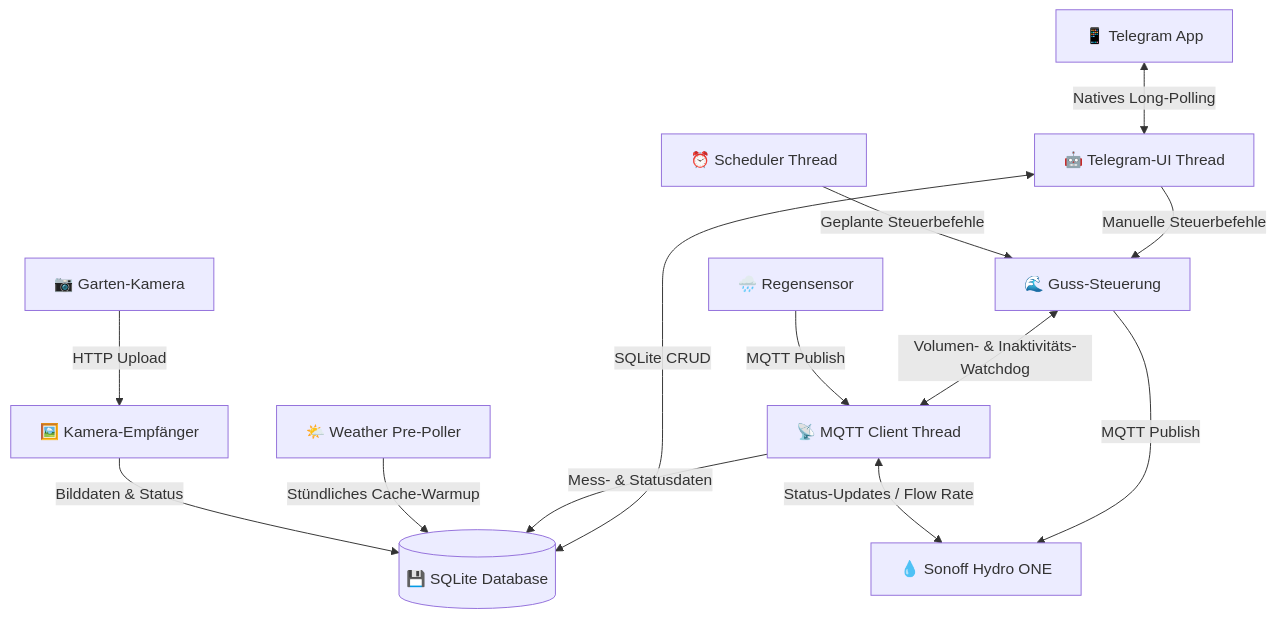
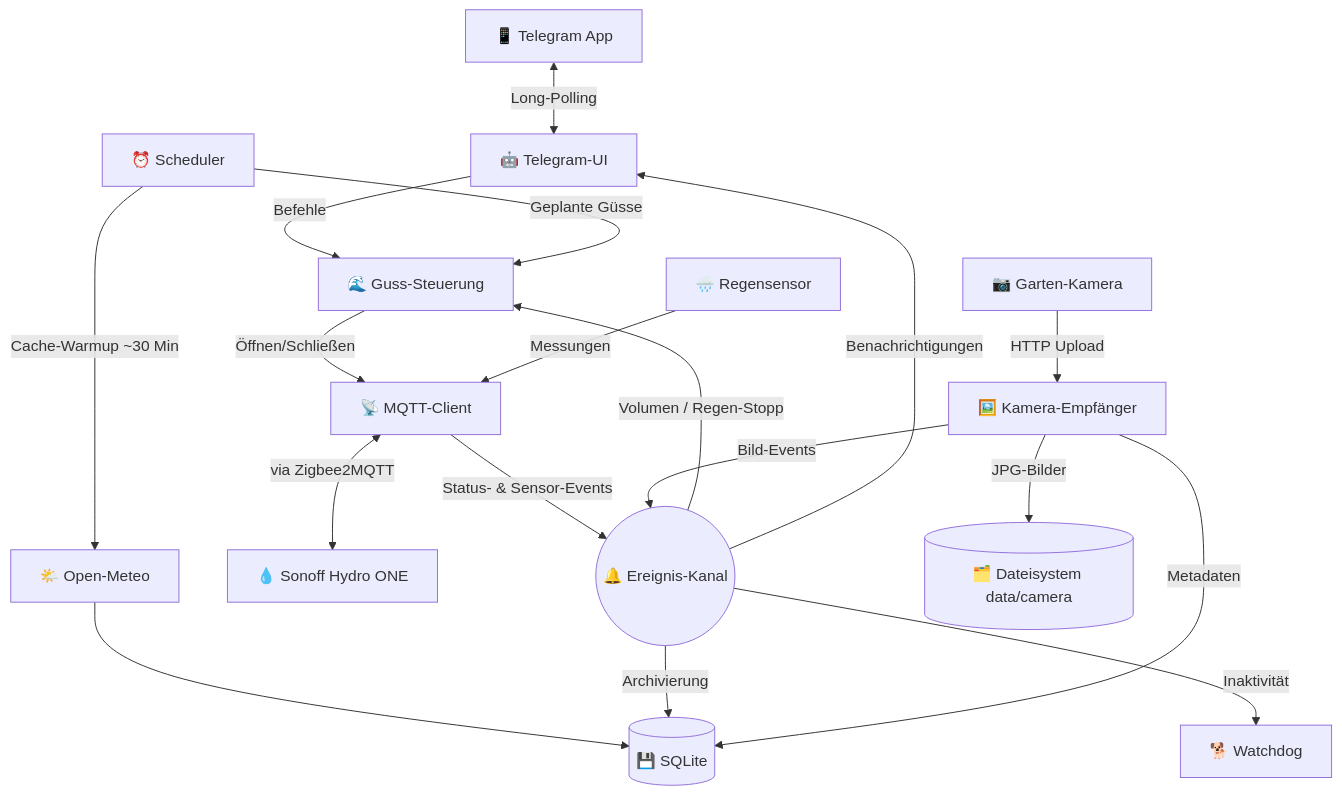
The diagram in README.md (g41nxe/telegram-GartenBot), drawn with Mermaid before and after one commit. The commit also changed other lines of this file and 2 other files, not shown here.

````diff
--- a/README.md
+++ b/README.md
@@ -31,15 +86,20 @@
 ```mermaid
 graph TD
-    User[📱 Telegram App] <-->|Natives Long-Polling| Bot[🤖 Telegram-UI Thread]
-    Bot <-->|SQLite CRUD| DB[(💾 SQLite Database)]
-    Bot -->|Manuelle Steuerbefehle| Ctrl[🌊 Guss-Steuerung]
-    Scheduler[⏰ Scheduler Thread] -->|Geplante Steuerbefehle| Ctrl
-    Ctrl -->|MQTT Publish| Valve[💧 Sonoff Hydro ONE]
-    Ctrl <-->|Volumen- & Inaktivitäts-Watchdog| MQTT[📡 MQTT Client Thread]
-    MQTT <-->|Status-Updates / Flow Rate| Valve
-    MQTT -->|Mess- & Statusdaten| DB
-    RainSensor[🌧️ Regensensor] -->|MQTT Publish| MQTT
-    Weather[🌤️ Weather Pre-Poller] -->|Stündliches Cache-Warmup| DB
+    User[📱 Telegram App] <-->|Long-Polling| Bot[🤖 Telegram-UI]
+    Bot -->|Befehle| Ctrl[🌊 Guss-Steuerung]
+    Scheduler[⏰ Scheduler] -->|Geplante Güsse| Ctrl
+    Scheduler -->|Cache-Warmup ~30 Min| Weather[🌤️ Open-Meteo]
+    Weather --> DB[(💾 SQLite)]
+    Ctrl -->|Öffnen/Schließen| MQTT[📡 MQTT-Client]
+    MQTT <-->|via Zigbee2MQTT| Valve[💧 Sonoff Hydro ONE]
+    RainSensor[🌧️ Regensensor] -->|Messungen| MQTT
+    MQTT -->|Status- & Sensor-Events| Bus((🔔 Ereignis-Kanal))
+    Bus -->|Volumen / Regen-Stopp| Ctrl
+    Bus -->|Benachrichtigungen| Bot
+    Bus -->|Archivierung| DB
+    Bus -->|Inaktivität| Watchdog[🐕 Watchdog]
     Camera[📷 Garten-Kamera] -->|HTTP Upload| CamRx[🖼️ Kamera-Empfänger]
-    CamRx -->|Bilddaten & Status| DB
+    CamRx -->|JPG-Bilder| FS[(🗂️ Dateisystem data/camera)]
+    CamRx -->|Metadaten| DB
+    CamRx -->|Bild-Events| Bus
 ```
````
